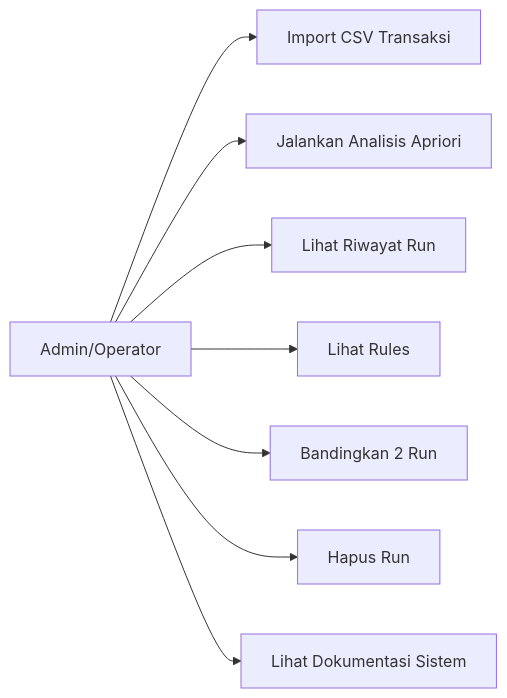
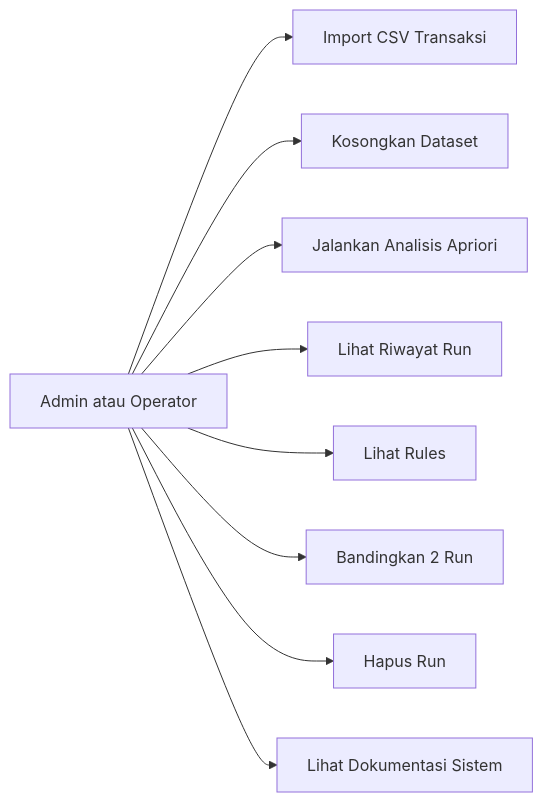
One commit to aldamadz/algoritma-apriori changed the third of 9 diagrams in frontend/public/docs/diagram_skripsi.md. Above: the diagram before and after it, drawn with Mermaid. The commit also changed other lines of this file and 55 other files, not shown here.

````diff
--- a/frontend/public/docs/diagram_skripsi.md
+++ b/frontend/public/docs/diagram_skripsi.md
@@ -94,10 +94,11 @@
 ```mermaid
 flowchart LR
-  A[Admin/Operator] --> UC1[Import CSV Transaksi]
-  A --> UC2[Jalankan Analisis Apriori]
-  A --> UC3[Lihat Riwayat Run]
-  A --> UC4[Lihat Rules]
-  A --> UC5[Bandingkan 2 Run]
-  A --> UC6[Hapus Run]
-  A --> UC7[Lihat Dokumentasi Sistem]
+  A[Admin atau Operator] --> UC1[Import CSV Transaksi]
+  A --> UC2[Kosongkan Dataset]
+  A --> UC3[Jalankan Analisis Apriori]
+  A --> UC4[Lihat Riwayat Run]
+  A --> UC5[Lihat Rules]
+  A --> UC6[Bandingkan 2 Run]
+  A --> UC7[Hapus Run]
+  A --> UC8[Lihat Dokumentasi Sistem]
 ```
````
